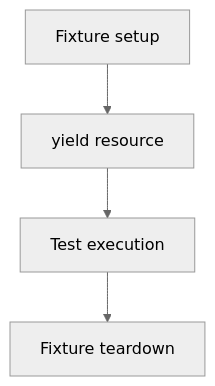
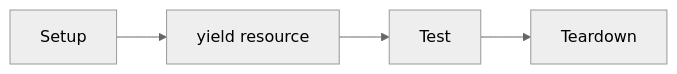
One commit to AvadhBhalodiya/Interview-Preparation changed the third of 7 diagrams in src/content/testing/pytest-fixtures-parametrize-mock.md. Above: the diagram before and after it, drawn with Mermaid (neutral theme). The commit also changed other lines of this file and 54 other files, not shown here.

````diff
--- a/src/content/testing/pytest-fixtures-parametrize-mock.md
+++ b/src/content/testing/pytest-fixtures-parametrize-mock.md
@@ -202,9 +106,6 @@
 ```mermaid
-flowchart TD
-    SETUP[Fixture setup]
-    YIELD[yield resource]
-    EXEC[Test execution]
-    TEARDOWN[Fixture teardown]
-
-    SETUP --> YIELD --> EXEC --> TEARDOWN
+flowchart LR
+    A[Setup] --> B[yield resource]
+    B --> C[Test]
+    C --> D[Teardown]
 ```
````
